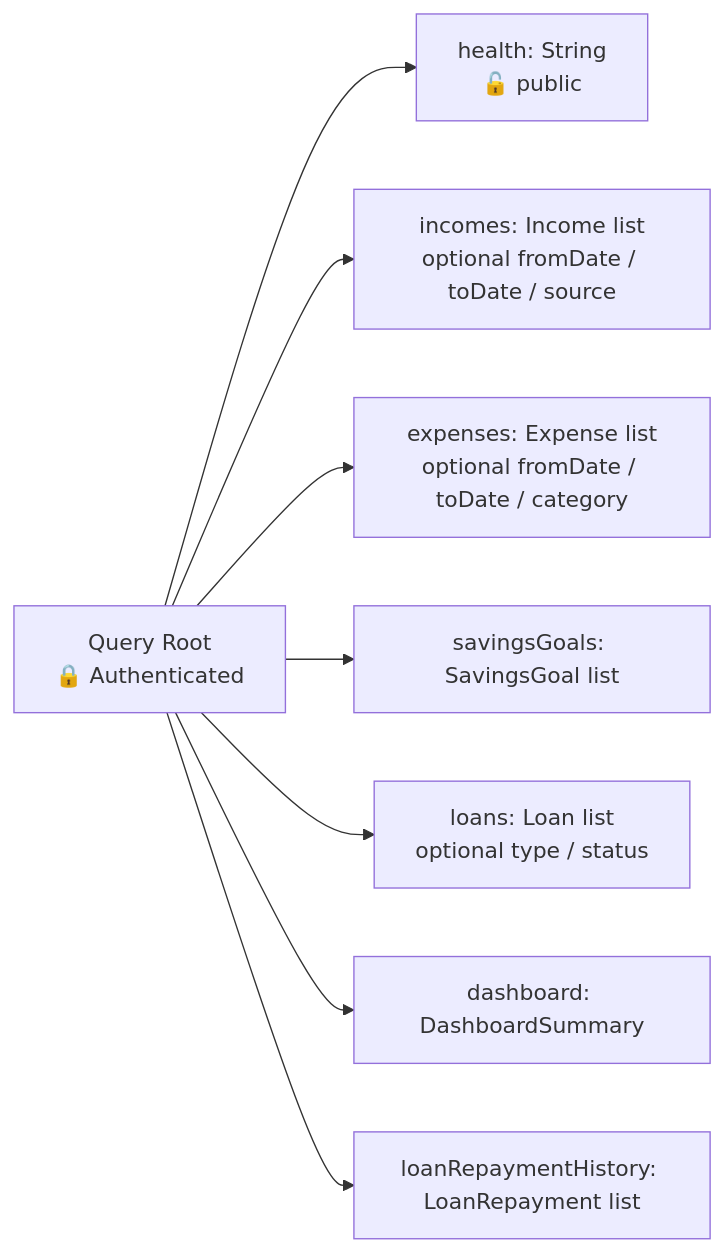
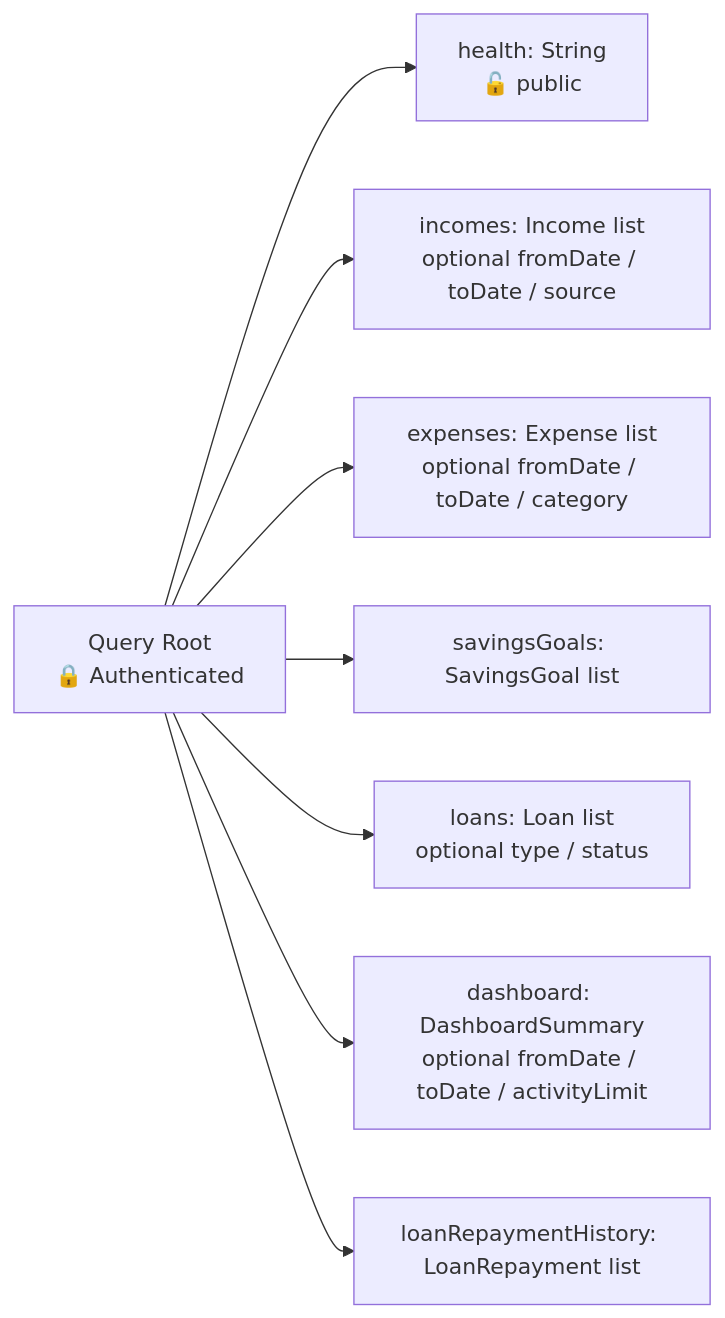
One commit to dev-personal-projects/vela changed the fifth of 11 diagrams in docs/TRD.md. Above: the diagram before and after it, drawn with Mermaid. The commit also changed other lines of this file and 7 other files, not shown here.

````diff
--- a/docs/TRD.md
+++ b/docs/TRD.md
@@ -192,12 +197,12 @@
 ```mermaid
 flowchart LR
     Q[Query Root\n🔒 Authenticated]
 
     Q --> QH[health: String\n🔓 public]
     Q --> QI[incomes: Income list\noptional fromDate / toDate / source]
     Q --> QE[expenses: Expense list\noptional fromDate / toDate / category]
     Q --> QS[savingsGoals: SavingsGoal list]
     Q --> QL[loans: Loan list\noptional type / status]
-    Q --> QD[dashboard: DashboardSummary]
+    Q --> QD[dashboard: DashboardSummary\noptional fromDate / toDate / activityLimit]
     Q --> QR[loanRepaymentHistory: LoanRepayment list]
 ```
````
